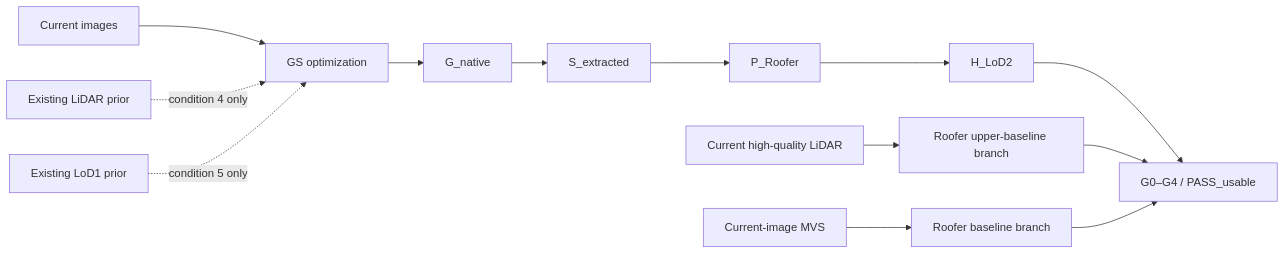
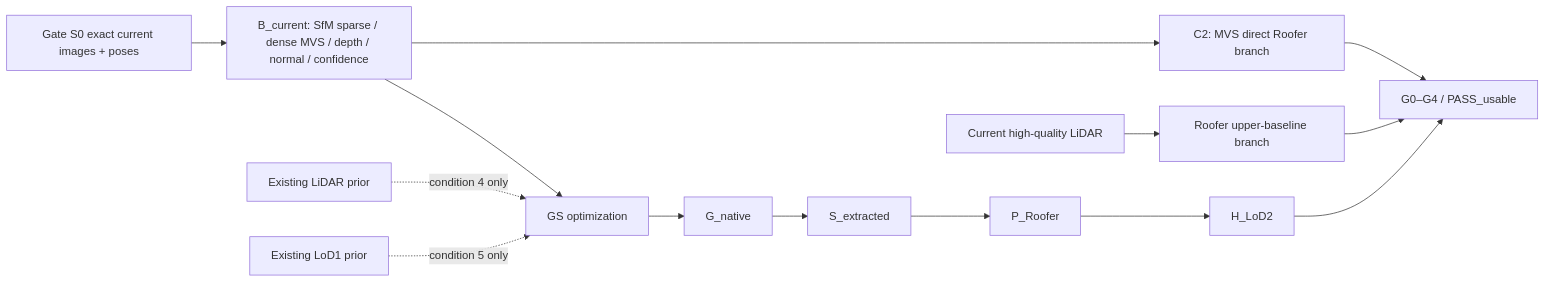
The diagram in docs/research/00_RESEARCH_CHARTER.md (hwiyoung/JointBuildGS), drawn with Mermaid before and after one commit. The commit also changed other lines of this file and 11 other files, not shown here.

````diff
--- a/docs/research/00_RESEARCH_CHARTER.md
+++ b/docs/research/00_RESEARCH_CHARTER.md
@@ -90,15 +91,16 @@
 ```mermaid
 flowchart LR
-    I["Current images"] --> G["GS optimization"]
+    I["Gate S0 exact current images + poses"] --> B["B_current: SfM sparse / dense MVS / depth / normal / confidence"]
+    B --> G["GS optimization"]
     PL["Existing LiDAR prior"] -. "condition 4 only" .-> G
     P1["Existing LoD1 prior"] -. "condition 5 only" .-> G
     G --> GN["G_native"]
     GN --> SX["S_extracted"]
     SX --> PR["P_Roofer"]
     PR --> HL["H_LoD2"]
     HL --> A["G0–G4 / PASS_usable"]
     LU["Current high-quality LiDAR"] --> RU["Roofer upper-baseline branch"]
-    MVS["Current-image MVS"] --> RM["Roofer baseline branch"]
+    B --> RM["C2: MVS direct Roofer branch"]
     RU --> A
     RM --> A
 ```
````
